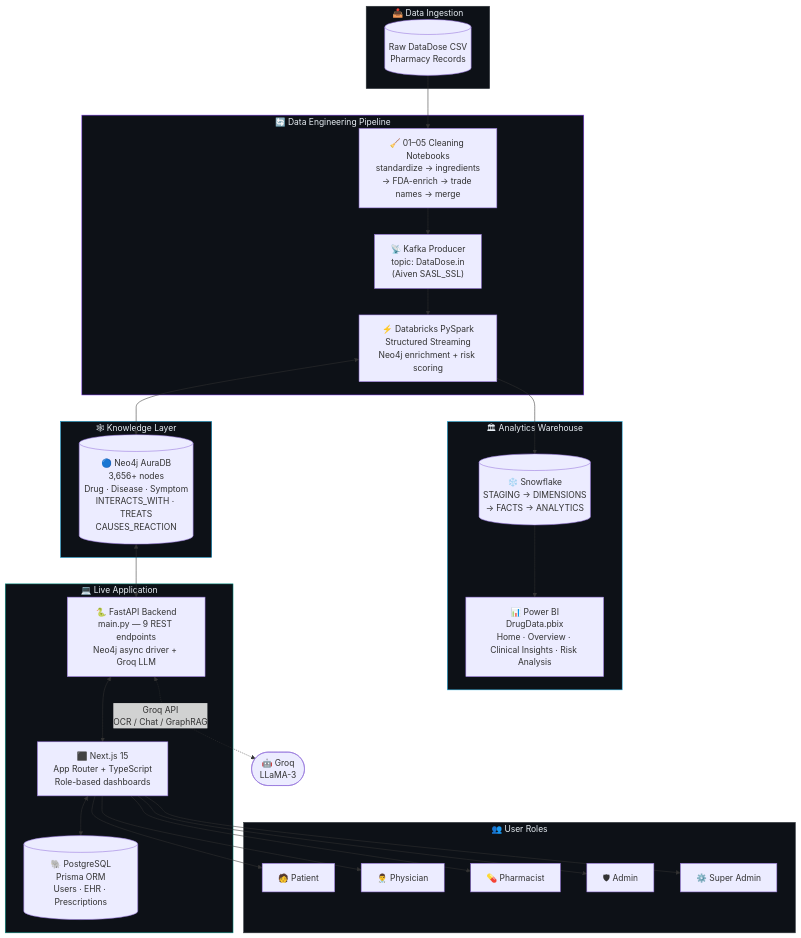
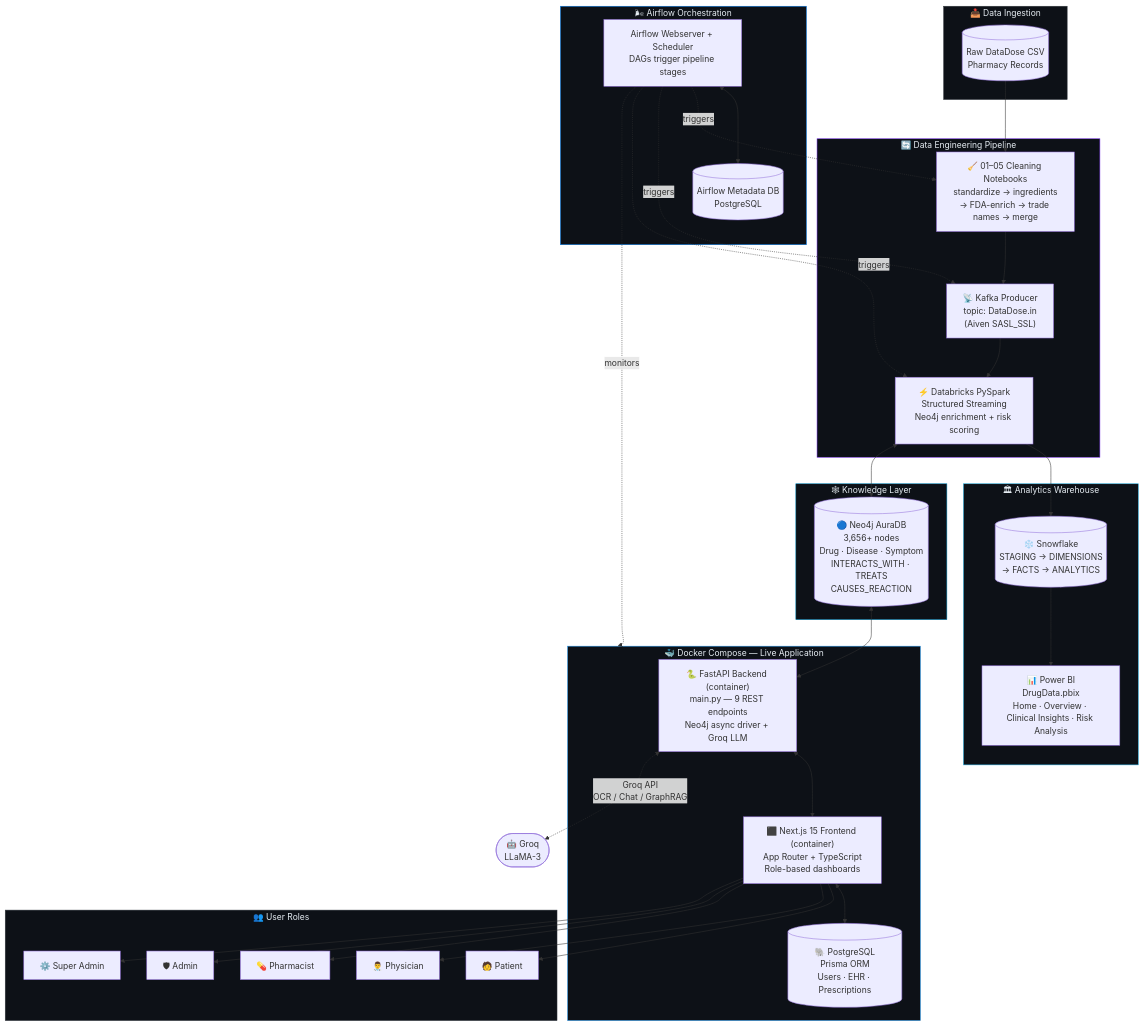
One commit to Youssef-Adel91/DataDose changed the first of 7 diagrams in README.md. Above: the diagram before and after it, drawn with Mermaid. The commit also changed other lines of this file, not shown here.

````diff
--- a/README.md
+++ b/README.md
@@ -219,50 +216,62 @@
 ```mermaid
 flowchart TD
+    subgraph ORCH ["🌬 Airflow Orchestration"]
+        AF["Airflow Webserver + Scheduler\nDAGs trigger pipeline stages"]
+        AFPG[("Airflow Metadata DB\nPostgreSQL")]
+        AF <--> AFPG
+    end
+
     subgraph INGEST ["📥 Data Ingestion"]
         A[("Raw DataDose CSV\nPharmacy Records")]
     end
 
     subgraph PIPELINE ["🔄 Data Engineering Pipeline"]
         B["🧹 01–05 Cleaning Notebooks\nstandardize → ingredients\n→ FDA-enrich → trade names → merge"]
         C["📡 Kafka Producer\ntopic: DataDose.in\n(Aiven SASL_SSL)"]
         D["⚡ Databricks PySpark\nStructured Streaming\nNeo4j enrichment + risk scoring"]
     end
 
     subgraph WAREHOUSE ["🏛 Analytics Warehouse"]
         E[("❄️ Snowflake\nSTAGING → DIMENSIONS\n→ FACTS → ANALYTICS")]
         F["📊 Power BI\nDrugData.pbix\nHome · Overview · Clinical Insights · Risk Analysis"]
     end
 
     subgraph GRAPH ["🕸 Knowledge Layer"]
         N[("🔵 Neo4j AuraDB\n3,656+ nodes\nDrug · Disease · Symptom\nINTERACTS_WITH · TREATS\nCAUSES_REACTION")]
     end
 
-    subgraph APP ["💻 Live Application"]
-        BA["🐍 FastAPI Backend\nmain.py — 9 REST endpoints\nNeo4j async driver + Groq LLM"]
-        FE["⬛ Next.js 15\nApp Router + TypeScript\nRole-based dashboards"]
+    subgraph DOCKER ["🐳 Docker Compose — Live Application"]
+        BA["🐍 FastAPI Backend (container)\nmain.py — 9 REST endpoints\nNeo4j async driver + Groq LLM"]
+        FE["⬛ Next.js 15 Frontend (container)\nApp Router + TypeScript\nRole-based dashboards"]
         PG[("🐘 PostgreSQL\nPrisma ORM\nUsers · EHR · Prescriptions")]
     end
 
     subgraph ROLES ["👥 User Roles"]
         R1[🧑 Patient]
         R2[👨‍⚕️ Physician]
         R3[💊 Pharmacist]
         R4[🛡 Admin]
         R5[⚙️ Super Admin]
     end
 
+    AF -.triggers.-> B
+    AF -.triggers.-> C
+    AF -.triggers.-> D
+    AF -.monitors.-> DOCKER
+
     A --> B --> C --> D --> E --> F
     D <--> N
     N <--> BA
     BA <--> FE
     FE <--> PG
     FE --> R1 & R2 & R3 & R4 & R5
     BA <-.->|"Groq API\nOCR / Chat / GraphRAG"| GROQ(["🤖 Groq\nLLaMA-3"])
 
+    style ORCH fill:#0D1117,stroke:#017CEE,color:#E6EDF3
     style INGEST fill:#0D1117,stroke:#30363D,color:#E6EDF3
     style PIPELINE fill:#0D1117,stroke:#7C3AED,color:#E6EDF3
     style WAREHOUSE fill:#0D1117,stroke:#29B5E8,color:#E6EDF3
     style GRAPH fill:#0D1117,stroke:#008CC1,color:#E6EDF3
-    style APP fill:#0D1117,stroke:#009688,color:#E6EDF3
+    style DOCKER fill:#0D1117,stroke:#2496ED,color:#E6EDF3
     style ROLES fill:#0D1117,stroke:#30363D,color:#E6EDF3
 ```
````
